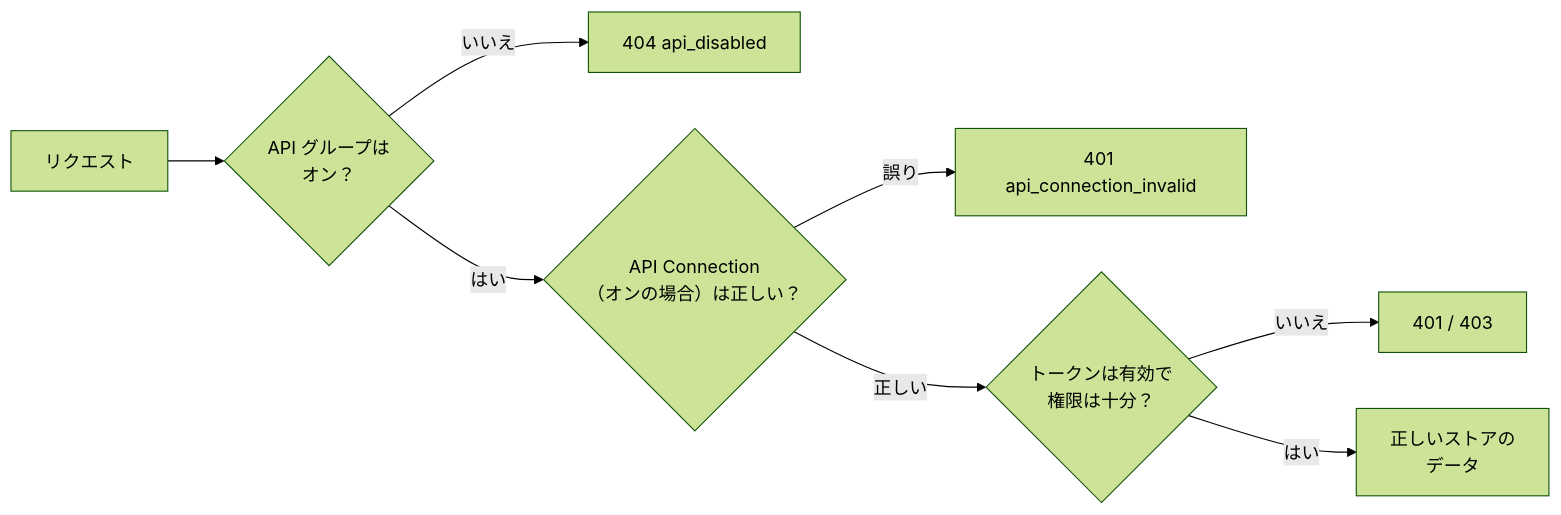
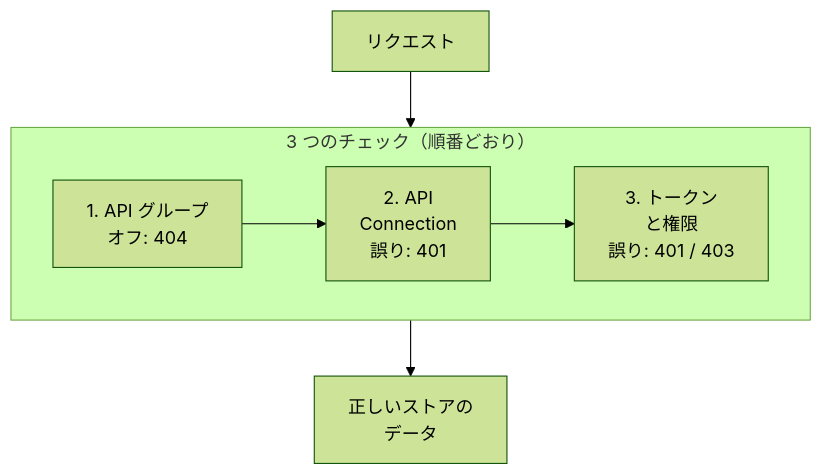
One commit to gp247net/gp247-docs changed the diagram in api/api-concepts_ja.md. Above: the diagram before and after it, drawn with Mermaid (forest theme). The commit also changed other lines of this file and 44 other files, not shown here.

First line of the commit message:
docs: redraw oversized diagrams in security, API and MCP docs (vi/en/ja)

````diff
--- a/api/api-concepts_ja.md
+++ b/api/api-concepts_ja.md
@@ -15,10 +15,9 @@
 ```mermaid
-flowchart LR
-    A["リクエスト"] --> B{"API グループは<br/>オン？"}
-    B -- "いいえ" --> X1["404 api_disabled"]
-    B -- "はい" --> C{"API Connection<br/>（オンの場合）は正しい？"}
-    C -- "誤り" --> X2["401 api_connection_invalid"]
-    C -- "正しい" --> D{"トークンは有効で<br/>権限は十分？"}
-    D -- "いいえ" --> X3["401 / 403"]
-    D -- "はい" --> E["正しいストアの<br/>データ"]
+flowchart TB
+    A["リクエスト"] --> S
+    subgraph S["3 つのチェック（順番どおり）"]
+        direction LR
+        B["1. API グループ<br/>オフ: 404"] --> C["2. API<br/>Connection<br/>誤り: 401"] --> D["3. トークン<br/>と権限<br/>誤り: 401 / 403"]
+    end
+    S --> E["正しいストアの<br/>データ"]
 ```
````
